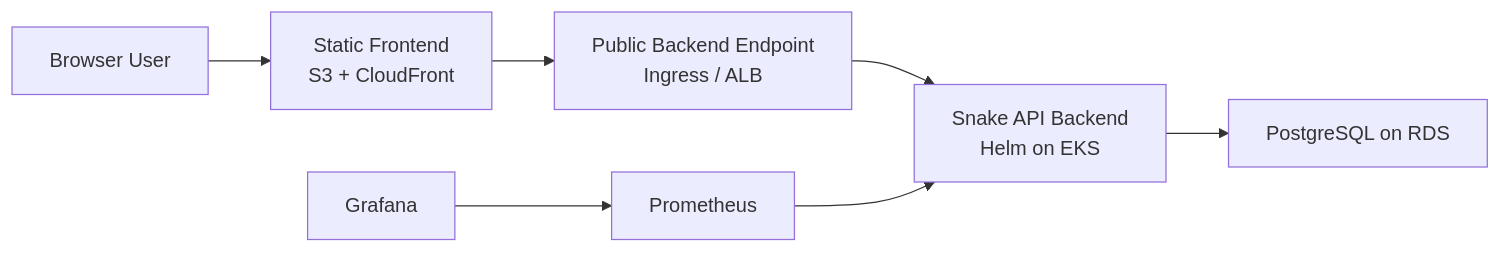
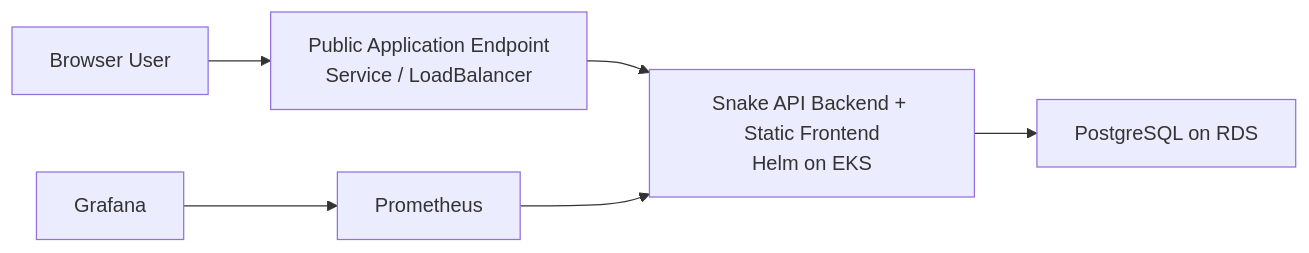
Before and after one commit to ivanmarceta/incode-assignment: the first of 2 diagrams in docs/architecture.md, drawn with Mermaid. The commit also changed other lines of this file and 13 other files, not shown here.

````diff
--- a/docs/architecture.md
+++ b/docs/architecture.md
@@ -7,9 +7,8 @@
 ```mermaid
 flowchart LR
-    User["Browser User"] --> Frontend["Static Frontend<br/>S3 + CloudFront"]
-    Frontend --> BackendLB["Public Backend Endpoint<br/>Ingress / ALB"]
-    BackendLB --> Backend["Snake API Backend<br/>Helm on EKS"]
+    User["Browser User"] --> BackendLB["Public Application Endpoint<br/>Service / LoadBalancer"]
+    BackendLB --> Backend["Snake API Backend + Static Frontend<br/>Helm on EKS"]
     Backend --> RDS["PostgreSQL on RDS"]
     Prom["Prometheus"] --> Backend
     Graf["Grafana"] --> Prom
 ```
````
